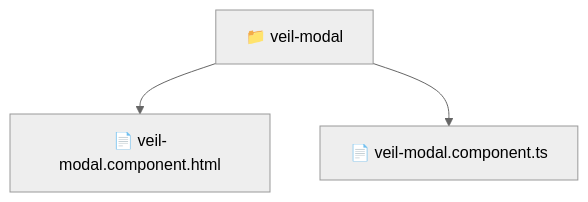
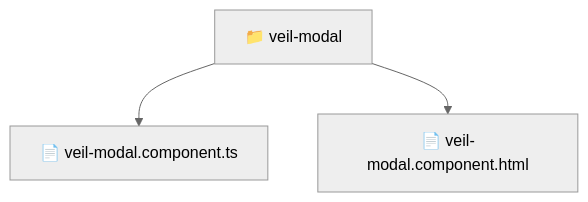
The diagram in frontend/src/pages/veil/ui/veil-modal/README.md (beginwebdev2002/fullstack-mavluda), drawn with Mermaid (neutral theme) before and after one commit. The commit also changed other lines of this file and 164 other files, not shown here.

First line of the commit message:
docs: generate robust autonomous architectural documentation

````diff
--- a/frontend/src/pages/veil/ui/veil-modal/README.md
+++ b/frontend/src/pages/veil/ui/veil-modal/README.md
@@ -11,6 +11,6 @@
 ```mermaid
 graph TD
-  Root["📁 veil-modal"]
-  Root --> veil_modal_component_html["📄 veil-modal.component.html"]
-  Root --> veil_modal_component_ts["📄 veil-modal.component.ts"]
+    f_veil_modal["📁 veil-modal"]
+    f_veil_modal --> f_veil_modal_component_ts["📄 veil-modal.component.ts"]
+    f_veil_modal --> f_veil_modal_component_html["📄 veil-modal.component.html"]
 ```
````
